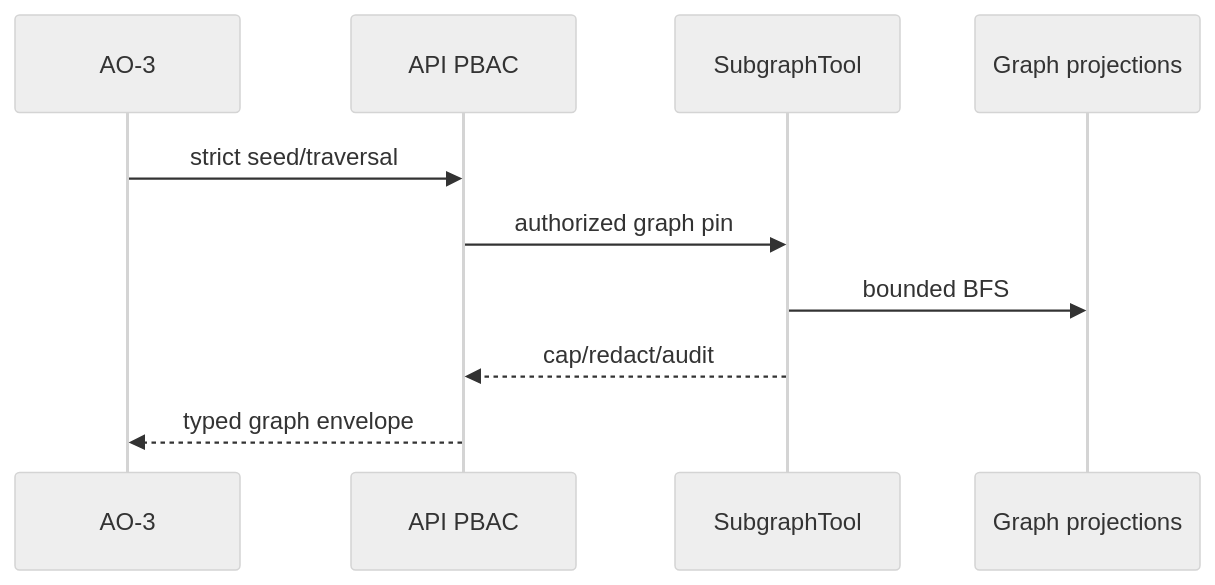
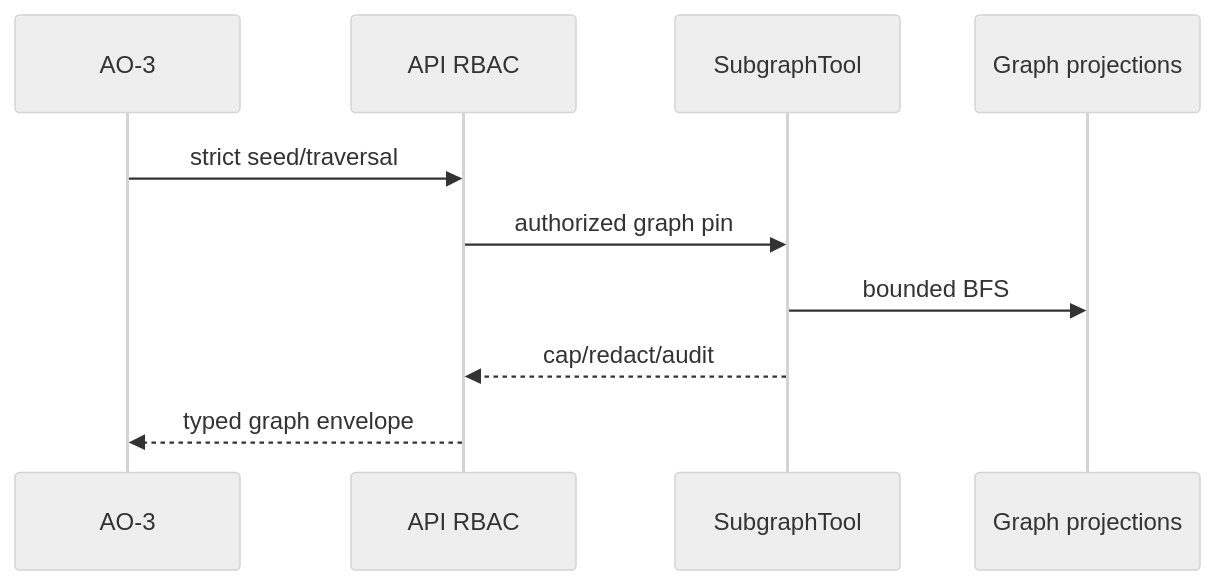
One commit to khovan123/LCSP changed the diagram in docs/implementation/tasks/modules/agentic-evidence-tools/packets/ao-2-05-get-evidence-subgraph.md. Above: the diagram before and after it, drawn with Mermaid (neutral theme). The commit also changed other lines of this file and 519 other files, not shown here.

````diff
--- a/docs/implementation/tasks/modules/agentic-evidence-tools/packets/ao-2-05-get-evidence-subgraph.md
+++ b/docs/implementation/tasks/modules/agentic-evidence-tools/packets/ao-2-05-get-evidence-subgraph.md
@@ -49,12 +49,12 @@
 ```mermaid
 sequenceDiagram
  participant O as AO-3
- participant G as API PBAC
+ participant G as API RBAC
  participant H as SubgraphTool
  participant P as Graph projections
  O->>G: strict seed/traversal
  G->>H: authorized graph pin
  H->>P: bounded BFS
  H-->>G: cap/redact/audit
  G-->>O: typed graph envelope
 ```
````
